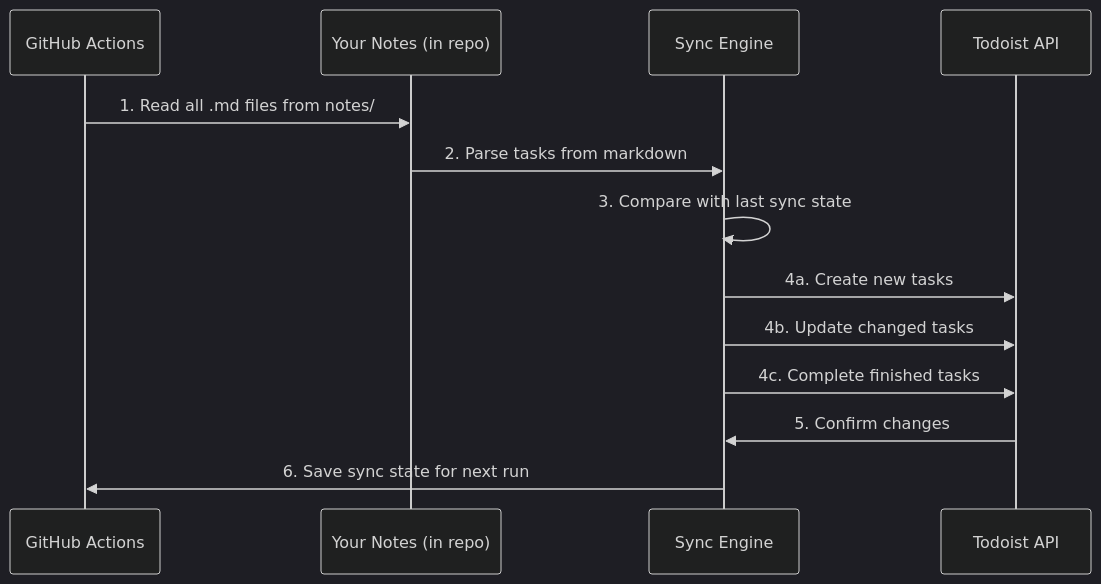
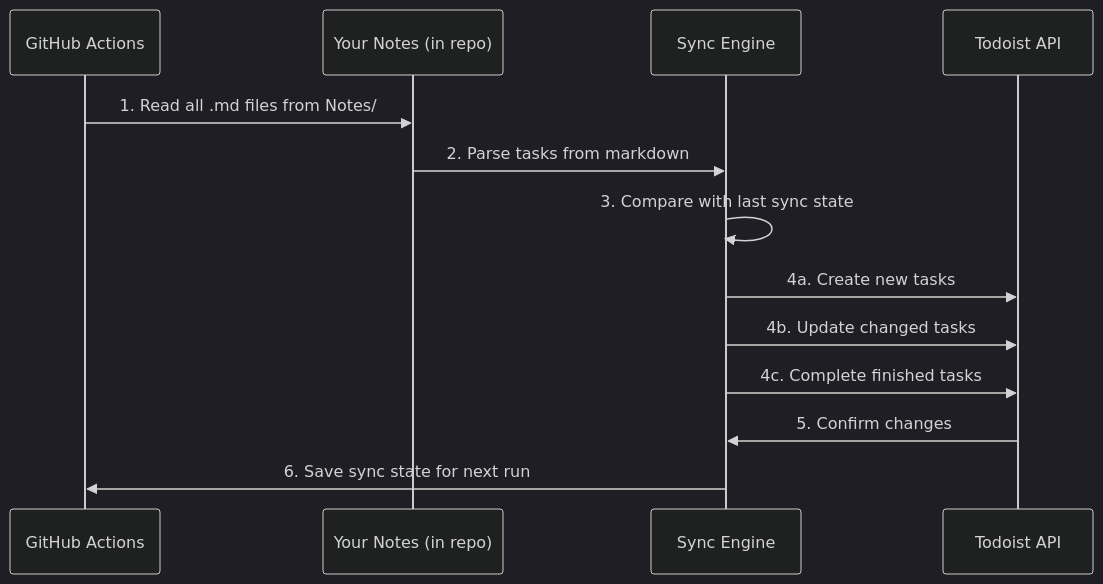
The sixth of 7 diagrams in INSTALL_GUIDE.md (jstephens-netizen/NotePlan_Todoist_Sync), drawn with Mermaid (dark theme) before and after one commit. The commit also changed other lines of this file and 2 other files, not shown here.

First line of the commit message:
Rename notes path from "notes" to "Notes"

````diff
--- a/INSTALL_GUIDE.md
+++ b/INSTALL_GUIDE.md
@@ -226,16 +226,16 @@
 ```mermaid
 sequenceDiagram
     participant GH as GitHub Actions
     participant NP as Your Notes (in repo)
     participant SE as Sync Engine
     participant TD as Todoist API
 
-    GH->>NP: 1. Read all .md files from notes/
+    GH->>NP: 1. Read all .md files from Notes/
     NP->>SE: 2. Parse tasks from markdown
     SE->>SE: 3. Compare with last sync state
     SE->>TD: 4a. Create new tasks
     SE->>TD: 4b. Update changed tasks
     SE->>TD: 4c. Complete finished tasks
     TD->>SE: 5. Confirm changes
     SE->>GH: 6. Save sync state for next run
 ```
````
